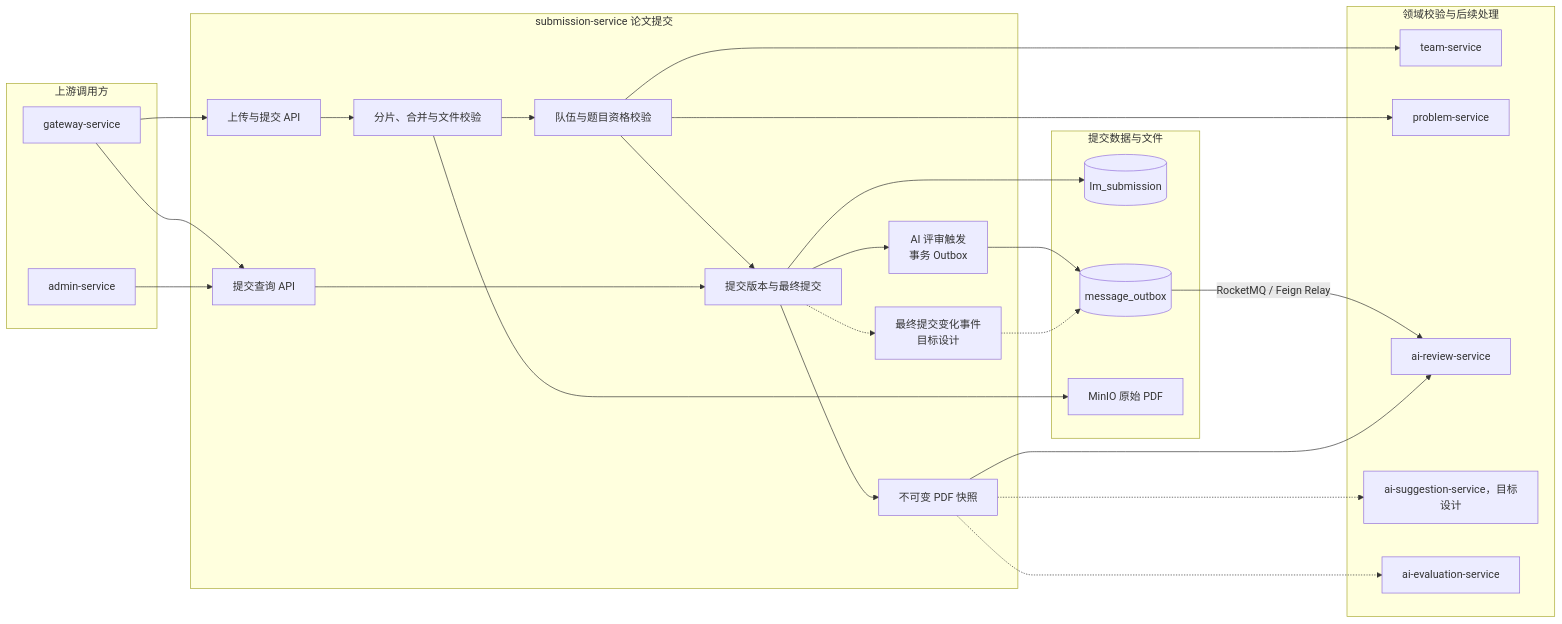
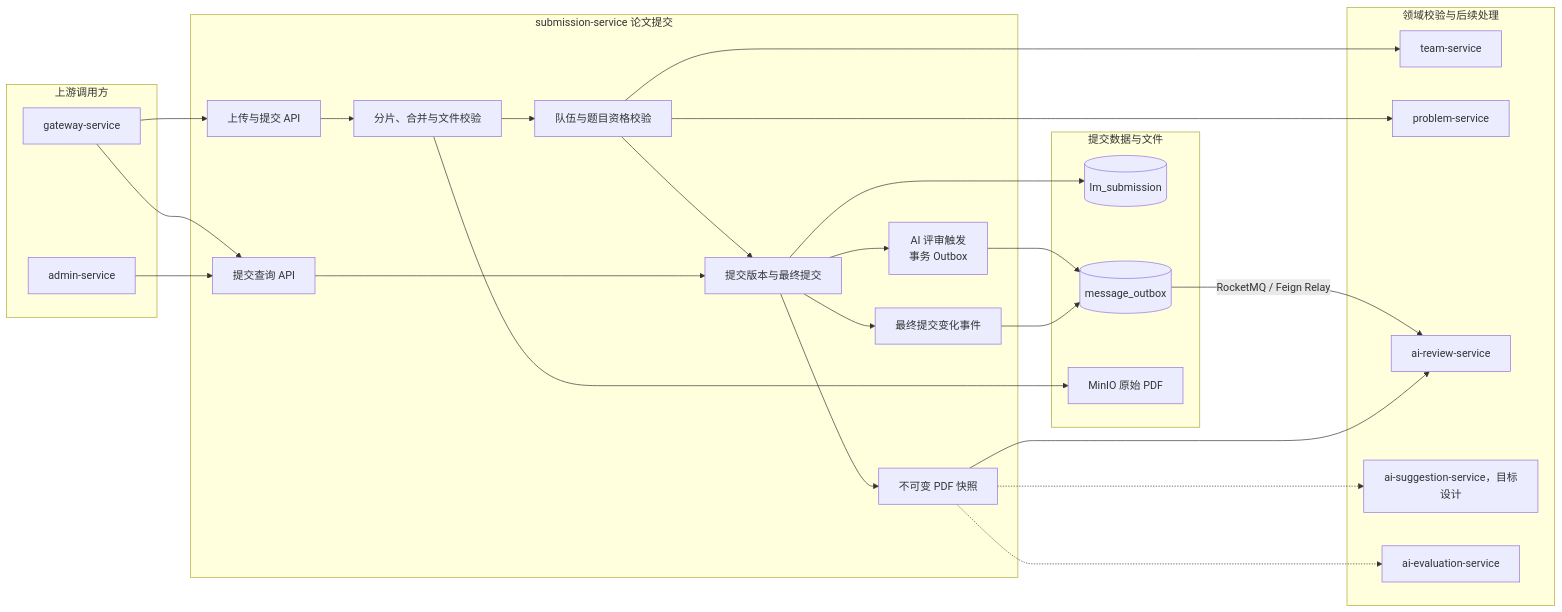
One commit to Dorian7Alden/LeetModel changed the diagram in docs/project/03-微服务设计/submission-service/README.md. Above: the diagram before and after it, drawn with Mermaid. The commit also changed other lines of this file and 4 other files, not shown here.

````diff
--- a/docs/project/03-微服务设计/submission-service/README.md
+++ b/docs/project/03-微服务设计/submission-service/README.md
@@ -9,54 +9,54 @@
 ```mermaid
 flowchart LR
     subgraph callers["上游调用方"]
         apiGateway["gateway-service"]
         adminService["admin-service"]
     end
 
     subgraph submission["submission-service 论文提交"]
         submitApi["上传与提交 API"]
         queryApi["提交查询 API"]
         uploadTask["分片、合并与文件校验"]
         eligibility["队伍与题目资格校验"]
         versionRecord["提交版本与最终提交"]
         snapshotApi["不可变 PDF 快照"]
         reviewTrigger["AI 评审触发<br/>事务 Outbox"]
-        finalEvent["最终提交变化事件<br/>目标设计"]
+        finalEvent["最终提交变化事件"]
 
         submitApi --> uploadTask
         uploadTask --> eligibility
         eligibility --> versionRecord
         versionRecord --> snapshotApi
         versionRecord --> reviewTrigger
-        versionRecord -.-> finalEvent
+        versionRecord --> finalEvent
         queryApi --> versionRecord
     end
 
     subgraph dependencies["领域校验与后续处理"]
         teamService["team-service"]
         problemService["problem-service"]
         reviewService["ai-review-service"]
         suggestionService["ai-suggestion-service，目标设计"]
         evaluationService["ai-evaluation-service"]
     end
 
     subgraph data["提交数据与文件"]
         submissionDatabase[(lm_submission)]
         messageOutbox[(message_outbox)]
         minio["MinIO 原始 PDF"]
     end
 
     apiGateway --> submitApi
     apiGateway --> queryApi
     adminService --> queryApi
     eligibility --> teamService
     eligibility --> problemService
     uploadTask --> minio
     versionRecord --> submissionDatabase
     reviewTrigger --> messageOutbox
     messageOutbox -->|"RocketMQ / Feign Relay"| reviewService
-    finalEvent -.-> messageOutbox
+    finalEvent --> messageOutbox
     snapshotApi --> reviewService
     snapshotApi -.-> suggestionService
     snapshotApi -.-> evaluationService
 ```
````
